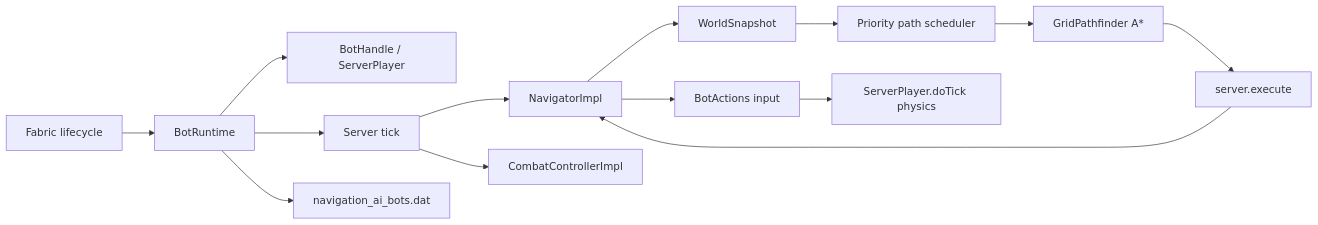
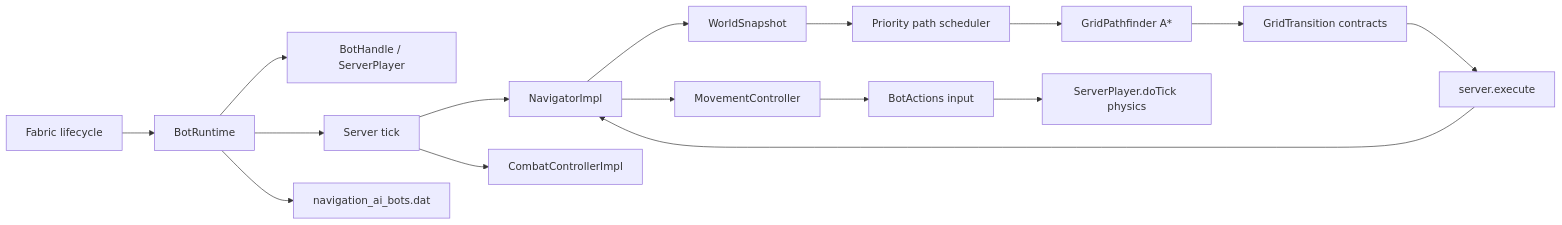
The diagram in docs/ARCHITECTURE.md (Arthur32132/navigation-ai), drawn with Mermaid before and after one commit. The commit also changed other lines of this file and 32 other files, not shown here.

````diff
--- a/docs/ARCHITECTURE.md
+++ b/docs/ARCHITECTURE.md
@@ -5,16 +5,18 @@
 ```mermaid
 flowchart LR
     L[Fabric lifecycle] --> R[BotRuntime]
     R --> H[BotHandle / ServerPlayer]
     R --> T[Server tick]
     T --> N[NavigatorImpl]
     T --> C[CombatControllerImpl]
     N --> S[WorldSnapshot]
     S --> E[Priority path scheduler]
     E --> A[GridPathfinder A*]
-    A --> X[server.execute]
+    A --> G[GridTransition contracts]
+    G --> X[server.execute]
     X --> N
-    N --> I[BotActions input]
+    N --> M[MovementController]
+    M --> I[BotActions input]
     I --> P[ServerPlayer.doTick physics]
     R --> D[navigation_ai_bots.dat]
 ```
````
